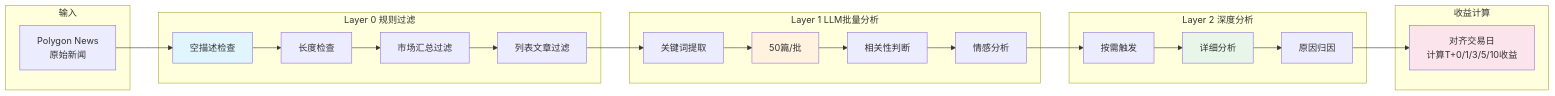
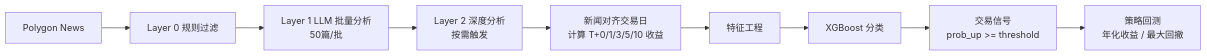
One commit to Chasen-Liao/FinTrack changed the third of 3 diagrams in README.md. Above: the diagram before and after it, drawn with Mermaid. The commit also changed other lines of this file and 21 other files, not shown here.

````diff
--- a/README.md
+++ b/README.md
@@ -159,48 +58,11 @@
 ```mermaid
 flowchart LR
-    subgraph 输入
-        NEWS[Polygon News<br/>原始新闻]
-    end
-
-    subgraph Layer 0 规则过滤
-        R1[空描述检查]
-        R2[长度检查]
-        R3[市场汇总过滤]
-        R4[列表文章过滤]
-    end
-
-    subgraph Layer 1 LLM批量分析
-        E1[关键词提取]
-        E2[50篇/批]
-        E3[相关性判断]
-        E4[情感分析]
-    end
-
-    subgraph Layer 2 深度分析
-        D1[按需触发]
-        D2[详细分析]
-        D3[原因归因]
-    end
-
-    subgraph 收益计算
-        RET[对齐交易日<br/>计算T+0/1/3/5/10收益]
-    end
-
-    NEWS --> R1
-    R1 --> R2
-    R2 --> R3
-    R3 --> R4
-    R4 --> E1
-    E1 --> E2
-    E2 --> E3
-    E3 --> E4
-    E4 --> D1
-    D1 --> D2
-    D2 --> D3
-    D3 --> RET
-
-    style R1 fill:#e1f5fe
-    style E2 fill:#fff3e0
-    style D2 fill:#e8f5e9
-    style RET fill:#fce4ec
+    NEWS[Polygon News] --> L0[Layer 0 规则过滤]
+    L0 --> L1[Layer 1 LLM 批量分析<br/>50篇/批]
+    L1 --> L2[Layer 2 深度分析<br/>按需触发]
+    L2 --> ALIGN[新闻对齐交易日<br/>计算 T+0/1/3/5/10 收益]
+    ALIGN --> FEAT[特征工程]
+    FEAT --> MODEL[XGBoost 分类]
+    MODEL --> SIG[交易信号<br/>prob_up >= threshold]
+    SIG --> BT[策略回测<br/>年化收益 / 最大回撤]
 ```
````
